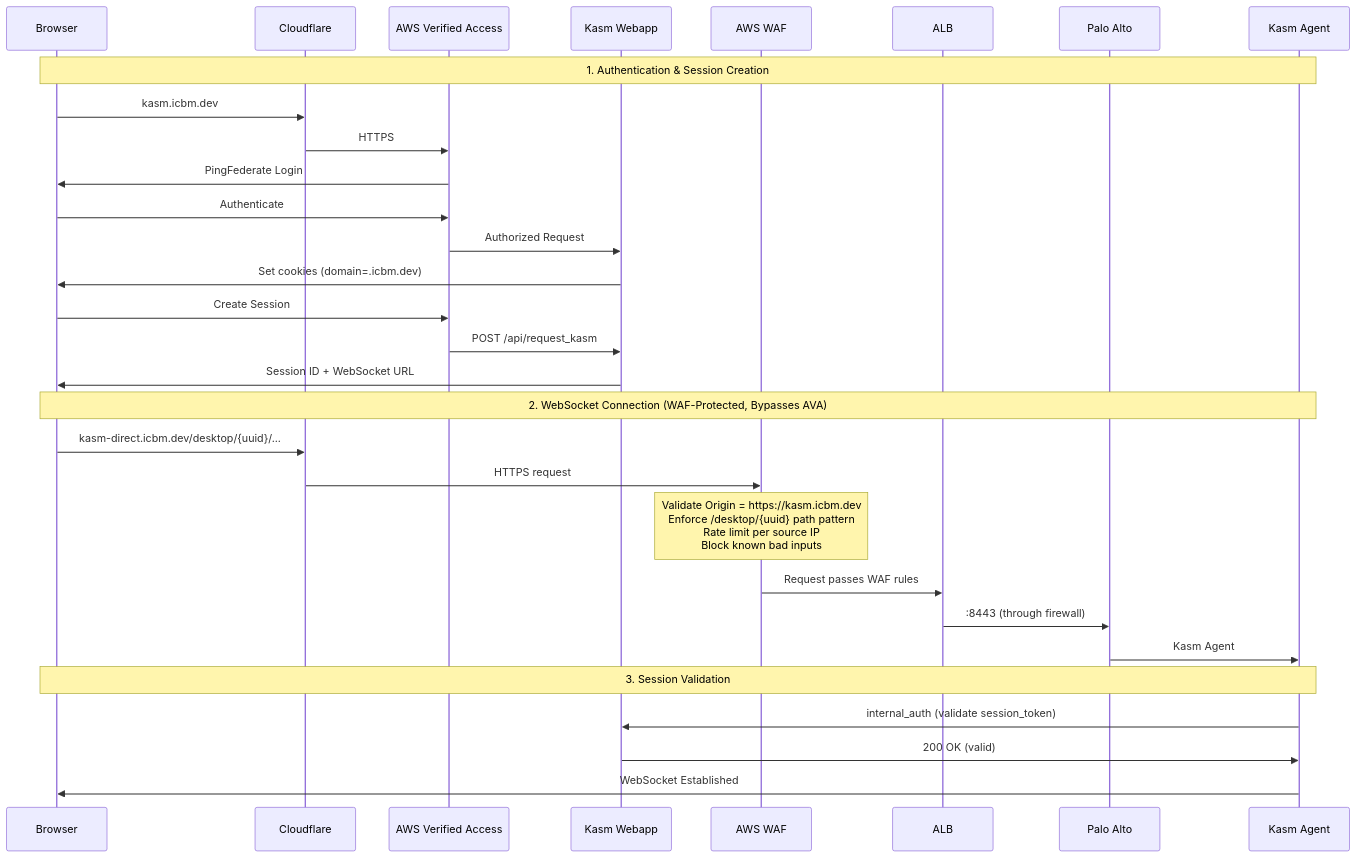
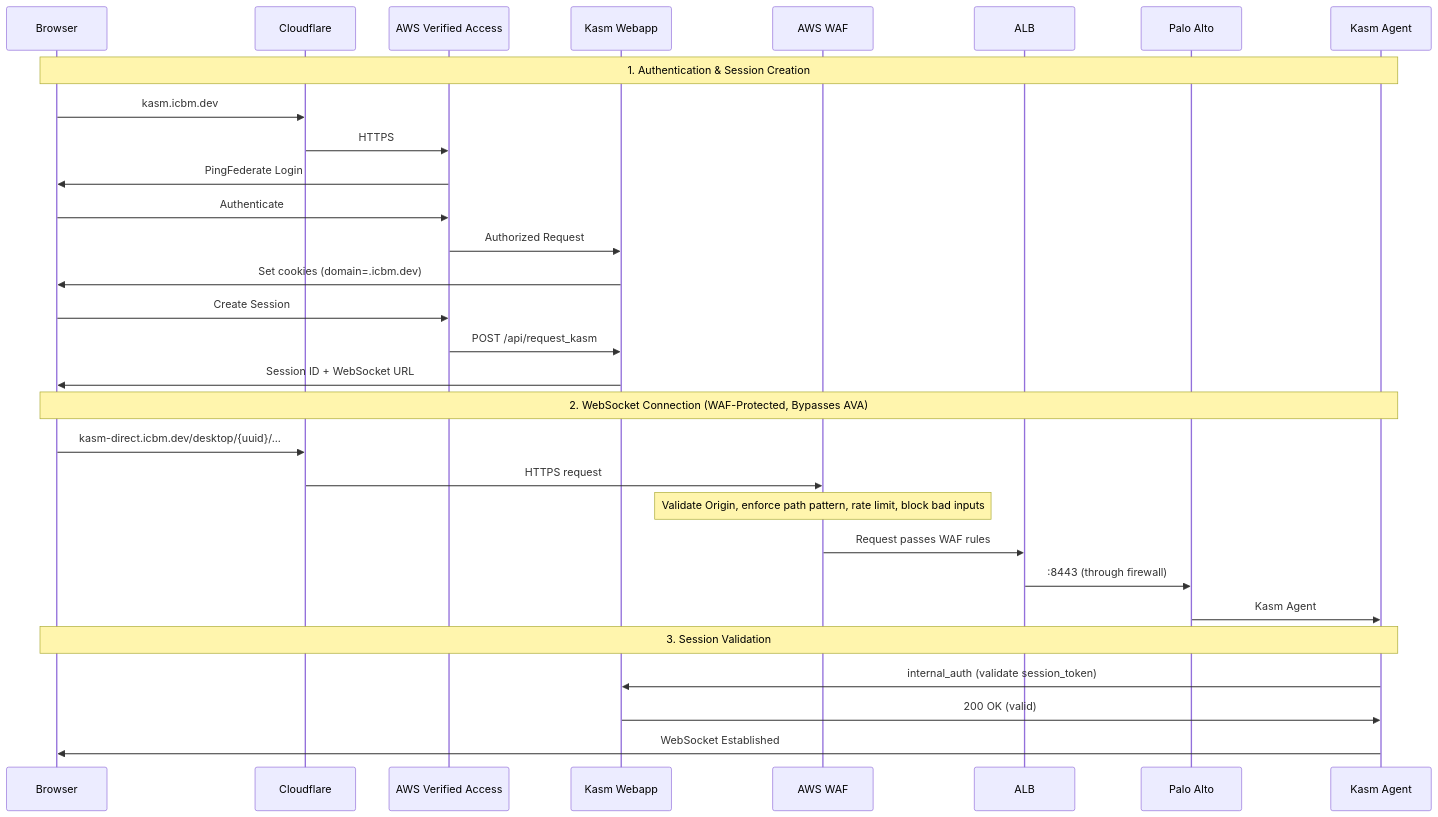
The second of 2 diagrams in knowledge-base/zero-trust.mdx (shebashio/docs), drawn with Mermaid before and after one commit. The commit also changed other lines of this file, not shown here.

First line of the commit message:
fix: remove newlines from mermaid labels causing render errors

````diff
--- a/knowledge-base/zero-trust.mdx
+++ b/knowledge-base/zero-trust.mdx
@@ -79,35 +79,35 @@
 ```mermaid
 sequenceDiagram
     participant B as Browser
     participant CF as Cloudflare
     participant AVA as AWS Verified Access
     participant WA as Kasm Webapp
     participant WAF as AWS WAF
     participant ALB as ALB
     participant PA as Palo Alto
     participant AG as Kasm Agent
 
     Note over B,AG: 1. Authentication & Session Creation
     B->>CF: kasm.icbm.dev
     CF->>AVA: HTTPS
     AVA->>B: PingFederate Login
     B->>AVA: Authenticate
     AVA->>WA: Authorized Request
     WA->>B: Set cookies (domain=.icbm.dev)
     B->>AVA: Create Session
     AVA->>WA: POST /api/request_kasm
     WA->>B: Session ID + WebSocket URL
 
     Note over B,AG: 2. WebSocket Connection (WAF-Protected, Bypasses AVA)
     B->>CF: kasm-direct.icbm.dev/desktop/{uuid}/...
     CF->>WAF: HTTPS request
-    Note over WAF: Validate Origin = https://kasm.icbm.dev<br/>Enforce /desktop/{uuid} path pattern<br/>Rate limit per source IP<br/>Block known bad inputs
+    Note over WAF: Validate Origin, enforce path pattern, rate limit, block bad inputs
     WAF->>ALB: Request passes WAF rules
     ALB->>PA: :8443 (through firewall)
     PA->>AG: Kasm Agent
 
     Note over B,AG: 3. Session Validation
     AG->>WA: internal_auth (validate session_token)
     WA->>AG: 200 OK (valid)
     AG->>B: WebSocket Established
 ```
````
